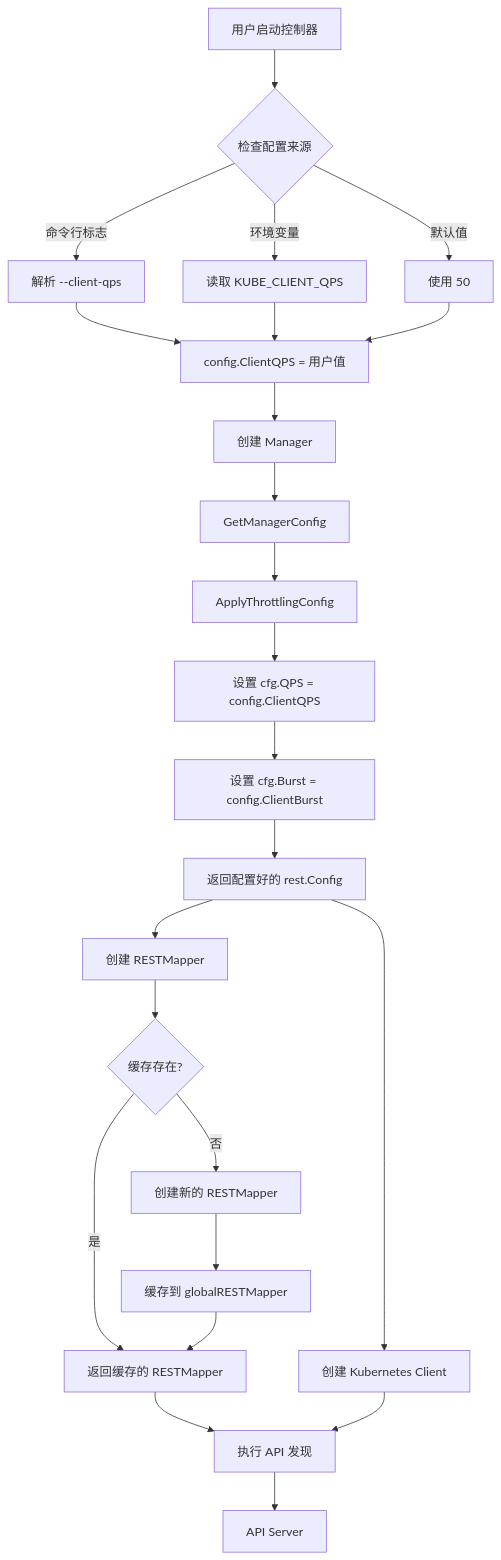
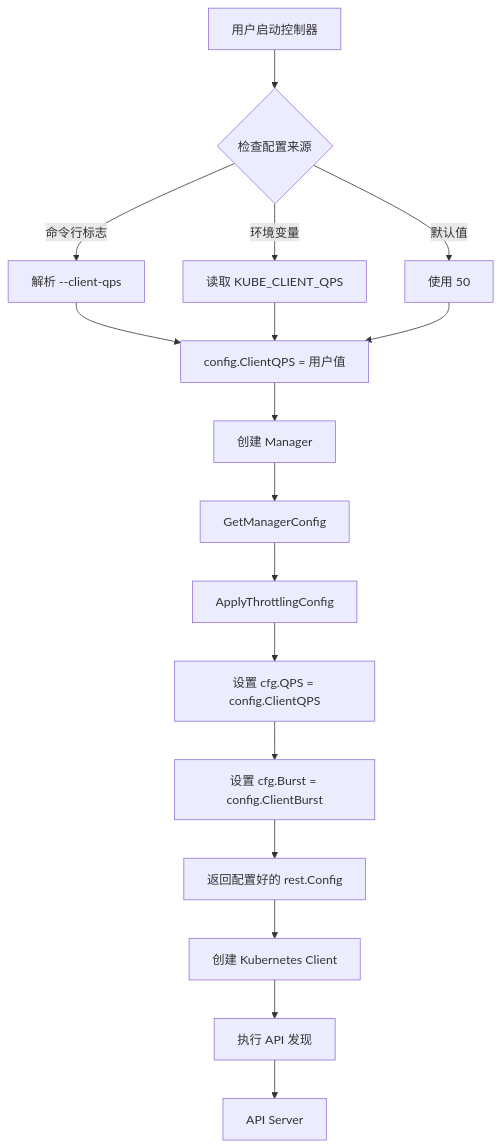
One commit to javadoors/cluster-api-provider-bke changed the fourth of 7 diagrams in code/performance/report/api-throttling-optimization.md. Above: the diagram before and after it, drawn with Mermaid. The commit also changed other lines of this file, not shown here.

````diff
--- a/code/performance/report/api-throttling-optimization.md
+++ b/code/performance/report/api-throttling-optimization.md
@@ -542,31 +393,22 @@
 ```mermaid
 graph TD
     A[用户启动控制器] --> B{检查配置来源}
     B -->|命令行标志| C[解析 --client-qps]
     B -->|环境变量| D[读取 KUBE_CLIENT_QPS]
     B -->|默认值| E[使用 50]
     
     C --> F[config.ClientQPS = 用户值]
     D --> F
     E --> F
     
     F --> G[创建 Manager]
     G --> H[GetManagerConfig]
     H --> I[ApplyThrottlingConfig]
     I --> J[设置 cfg.QPS = config.ClientQPS]
     J --> K[设置 cfg.Burst = config.ClientBurst]
     K --> L[返回配置好的 rest.Config]
     
     L --> M[创建 Kubernetes Client]
-    L --> N[创建 RESTMapper]
-    
-    N --> O{缓存存在?}
-    O -->|是| P[返回缓存的 RESTMapper]
-    O -->|否| Q[创建新的 RESTMapper]
-    Q --> R[缓存到 globalRESTMapper]
-    R --> P
-    
-    P --> S[执行 API 发现]
-    M --> S
+    M --> S[执行 API 发现]
     S --> T[API Server]
 ```
````
